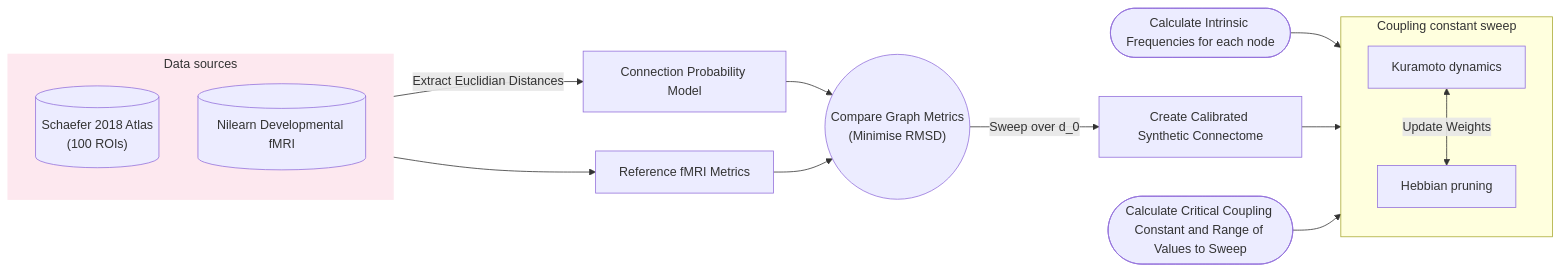
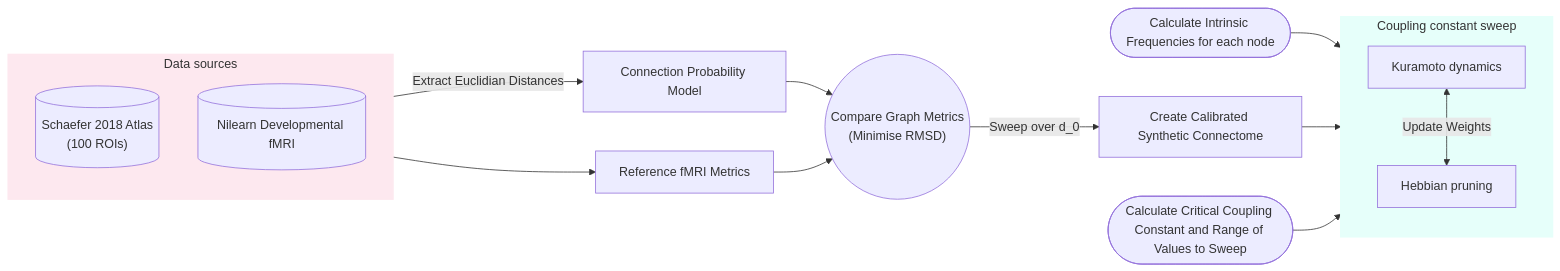
The diagram in README.md (R-eya/Kuramoto-Hebbian-Style-Pruning-of-Synthetic-Connectomes), drawn with Mermaid before and after one commit.

````diff
--- a/README.md
+++ b/README.md
@@ -7,26 +7,27 @@
 ```mermaid
 flowchart LR
 
     subgraph Inputs ["Data sources"]
         direction TB
         Q[("Schaefer 2018 atlas<br/>(100 ROIs)")]
         A[("Nilearn developmental fMRI")]
     end
     style Inputs fill:#e8f4fd,stroke:#2b6cb0,stroke-width:2px
 
     Q[("Schaefer 2018 Atlas <br> (100 ROIs)")] -->|Extract Euclidian Distances| W[Connection Probability Model] -->C
 
     G([Calculate Intrinsic Frequencies for each node]) --> E[Kuramoto Dynamics]
     A[(Nilearn Developmental fMRI)] -->B[Reference fMRI Metrics]--> C(("Compare Graph Metrics <br> (Minimise RMSD)" )) -->|Sweep over d_0 | D[Create Calibrated Synthetic Connectome]
     D --> E
 
     F([Calculate Critical Coupling Constant and Range of Values to Sweep]) --> E
 
     subgraph Sweep ["Coupling constant sweep"]
         direction TB
         E["Kuramoto dynamics"]
         H["Hebbian pruning"]
         E <-->|"Update Weights"| H
     end
 style Inputs fill:#fde8ef,stroke:#fde8ef,stroke-width:2px
+style Sweep fill:#e6fffa,stroke:#e6fffa,stroke-width:2px
 ```
````
